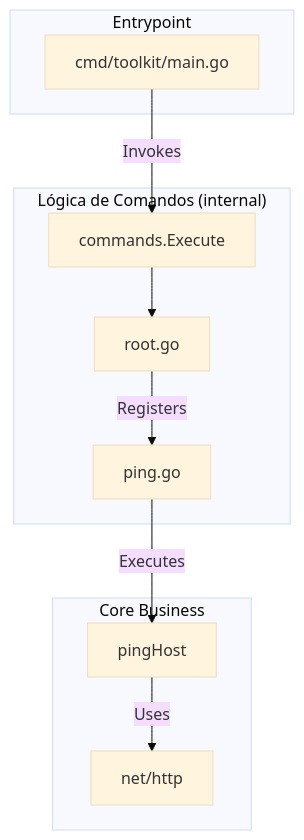
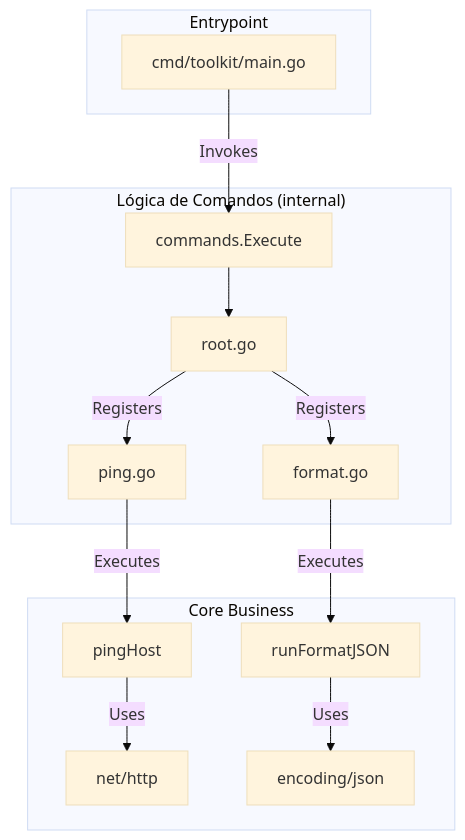
One commit to ESousa97/go-cli-toolkit changed the diagram in README.md. Above: the diagram before and after it, drawn with Mermaid (base theme). The commit also changed other lines of this file and 3 other files, not shown here.

First line of the commit message:
feat: inicialização do toolkit com comandos ping e format json

````diff
--- a/README.md
+++ b/README.md
@@ -60,17 +61,20 @@
 ```mermaid
 graph TD
     subgraph "Entrypoint"
         A[cmd/toolkit/main.go]
     end
 
     subgraph "Lógica de Comandos (internal)"
         A -- Invokes --> B[commands.Execute]
         B --> C[root.go]
         C -- Registers --> D[ping.go]
+        C -- Registers --> G[format.go]
     end
 
     subgraph "Core Business"
         D -- Executes --> E[pingHost]
+        G -- Executes --> H[runFormatJSON]
         E -- Uses --> F[net/http]
+        H -- Uses --> I[encoding/json]
     end
 ```
````
